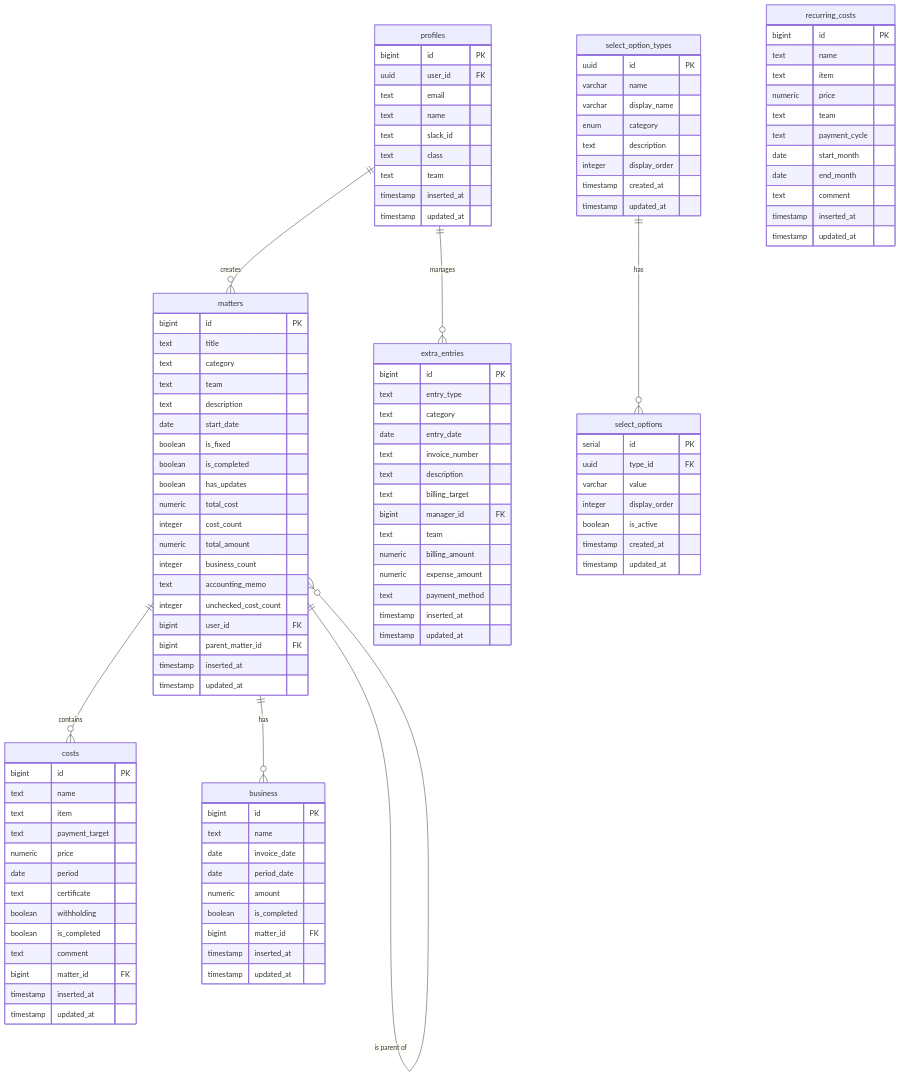
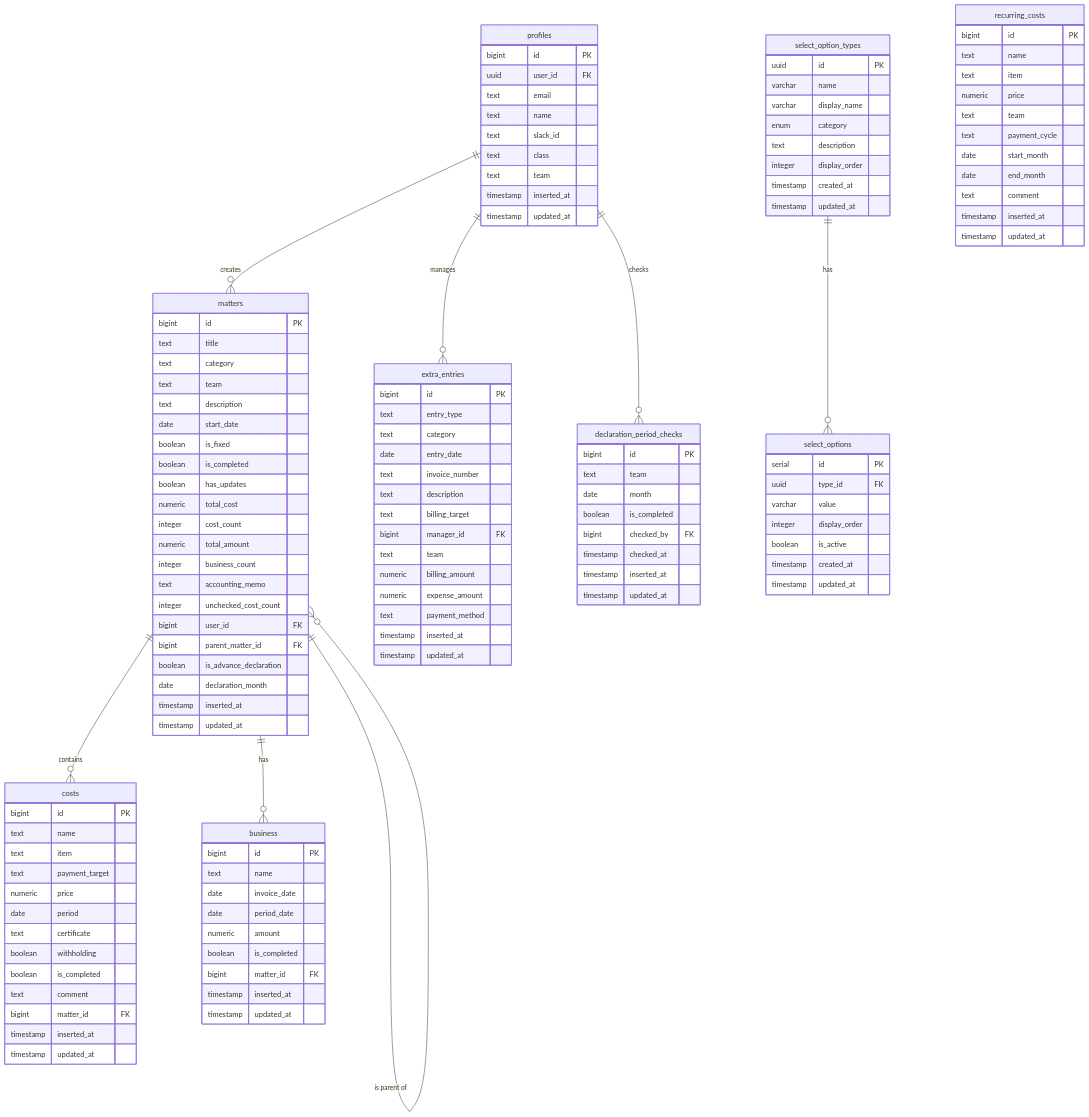
Before and after one commit to Singuralitylabs/accounting-system: the diagram in docs/database.md, drawn with Mermaid. The commit also changed other lines of this file and 1 other file, not shown here.

````diff
--- a/docs/database.md
+++ b/docs/database.md
@@ -805,6 +891,7 @@
 erDiagram
     profiles ||--o{ matters : "creates"
     profiles ||--o{ extra_entries : "manages"
+    profiles ||--o{ declaration_period_checks : "checks"
     matters ||--o{ costs : "contains"
     matters ||--o{ business : "has"
     matters ||--o{ matters : "is parent of"
@@ -840,6 +927,8 @@
         integer unchecked_cost_count
         bigint user_id FK
         bigint parent_matter_id FK
+        boolean is_advance_declaration
+        date declaration_month
         timestamp inserted_at
         timestamp updated_at
     }
@@ -923,4 +1012,15 @@
         timestamp inserted_at
         timestamp updated_at
     }
+
+    declaration_period_checks {
+        bigint id PK
+        text team
+        date month
+        boolean is_completed
+        bigint checked_by FK
+        timestamp checked_at
+        timestamp inserted_at
+        timestamp updated_at
+    }
 ```
````
